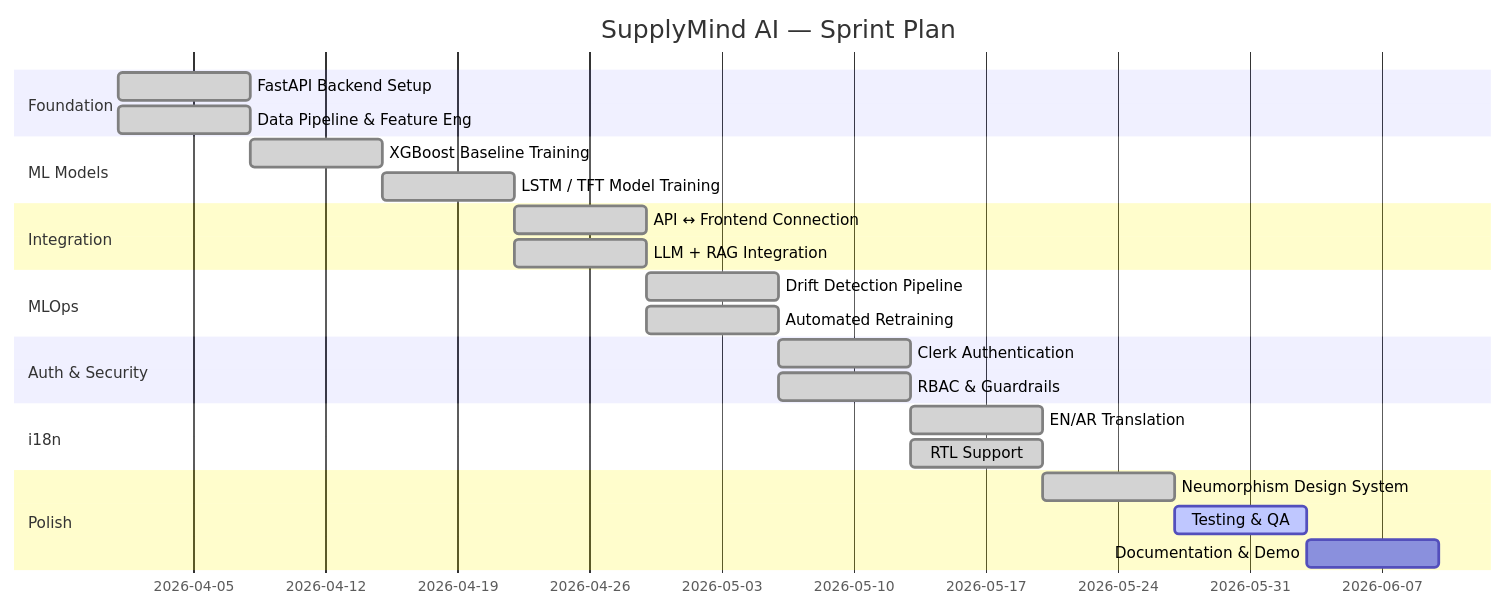
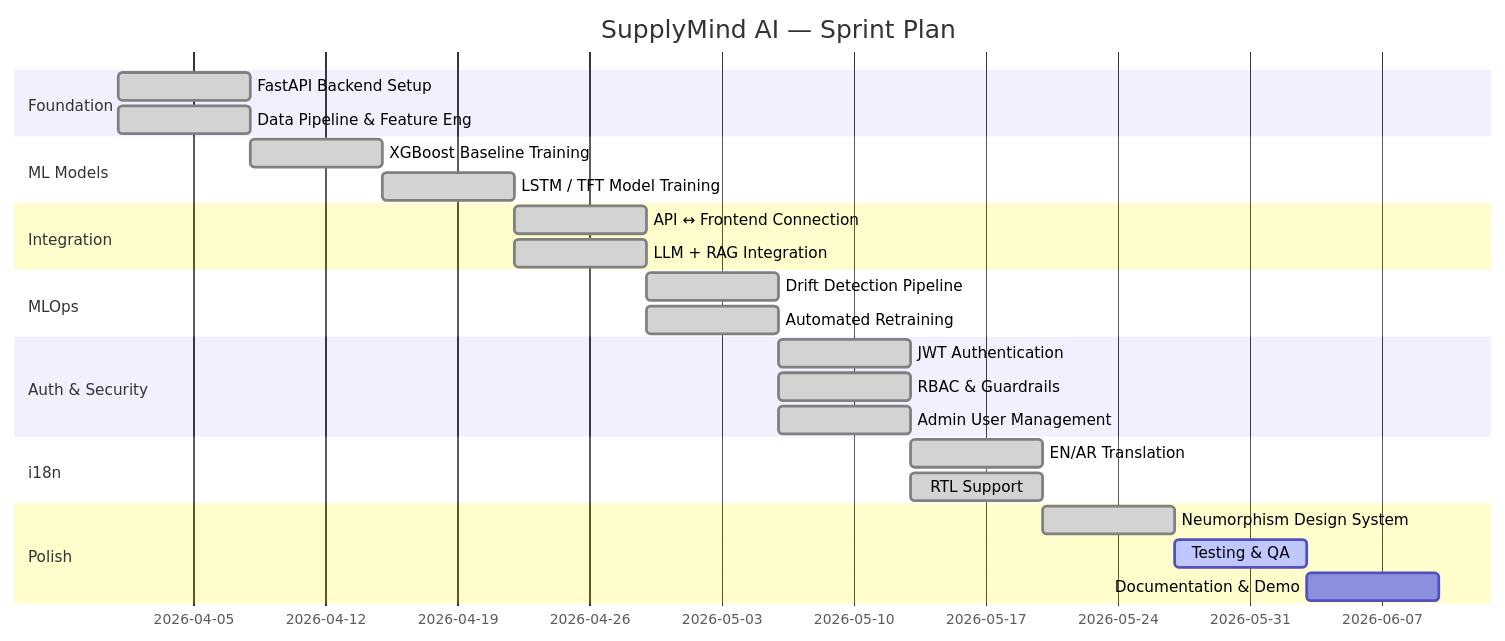
One commit to IbrahimAbdelsattar/SupplyMindAI changed diagram 11 of 11 in README.md. Above: the diagram before and after it, drawn with Mermaid. The commit also changed other lines of this file and 89 other files, not shown here.

Commit message:
feat: implement multi-agent copilot graph and system prompt for Egyptian Arabic interface support

````diff
--- a/README.md
+++ b/README.md
@@ -1161,27 +1174,28 @@
 ```mermaid
 gantt
     title SupplyMind AI — Sprint Plan
     dateFormat  YYYY-MM-DD
     section Foundation
     FastAPI Backend Setup        :done, 2026-04-01, 7d
     Data Pipeline & Feature Eng  :done, 2026-04-01, 7d
     section ML Models
     XGBoost Baseline Training    :done, 2026-04-08, 7d
     LSTM / TFT Model Training    :done, 2026-04-15, 7d
     section Integration
     API ↔ Frontend Connection    :done, 2026-04-22, 7d
     LLM + RAG Integration        :done, 2026-04-22, 7d
     section MLOps
     Drift Detection Pipeline     :done, 2026-04-29, 7d
     Automated Retraining         :done, 2026-04-29, 7d
     section Auth & Security
-    Clerk Authentication         :done, 2026-05-06, 7d
+    JWT Authentication           :done, 2026-05-06, 7d
     RBAC & Guardrails            :done, 2026-05-06, 7d
+    Admin User Management        :done, 2026-05-06, 7d
     section i18n
     EN/AR Translation            :done, 2026-05-13, 7d
     RTL Support                  :done, 2026-05-13, 7d
     section Polish
     Neumorphism Design System    :done, 2026-05-20, 7d
     Testing & QA                 :active, 2026-05-27, 7d
     Documentation & Demo         :2026-06-03, 7d
 ```
````
